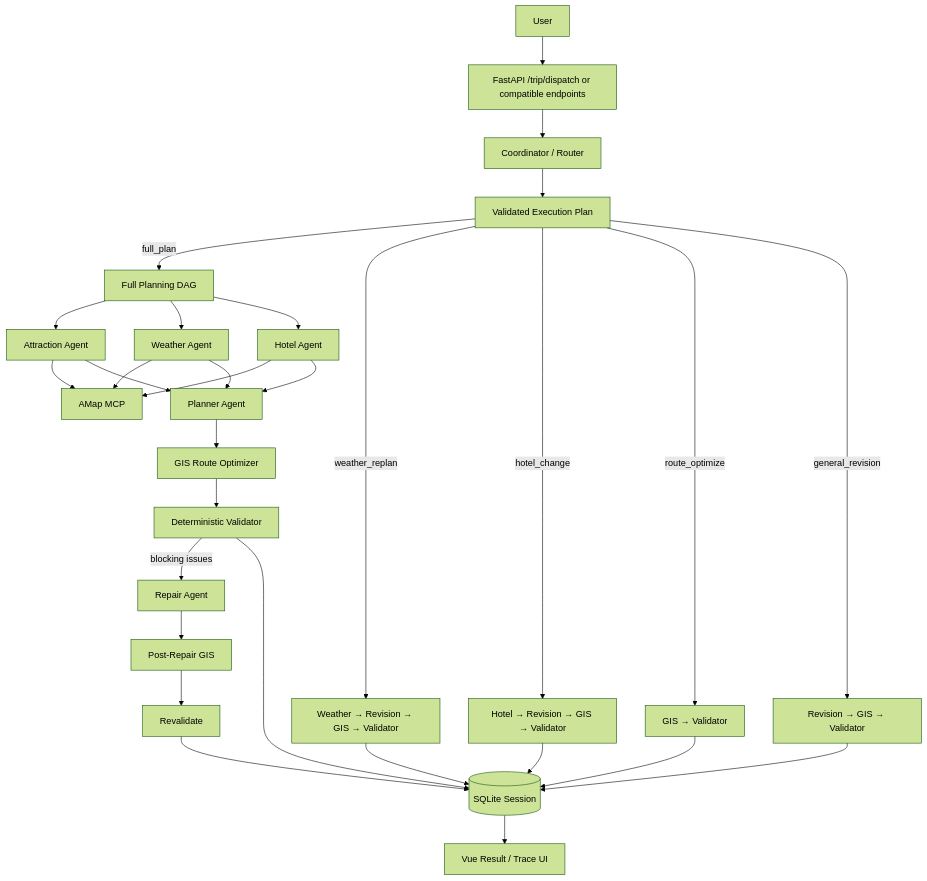
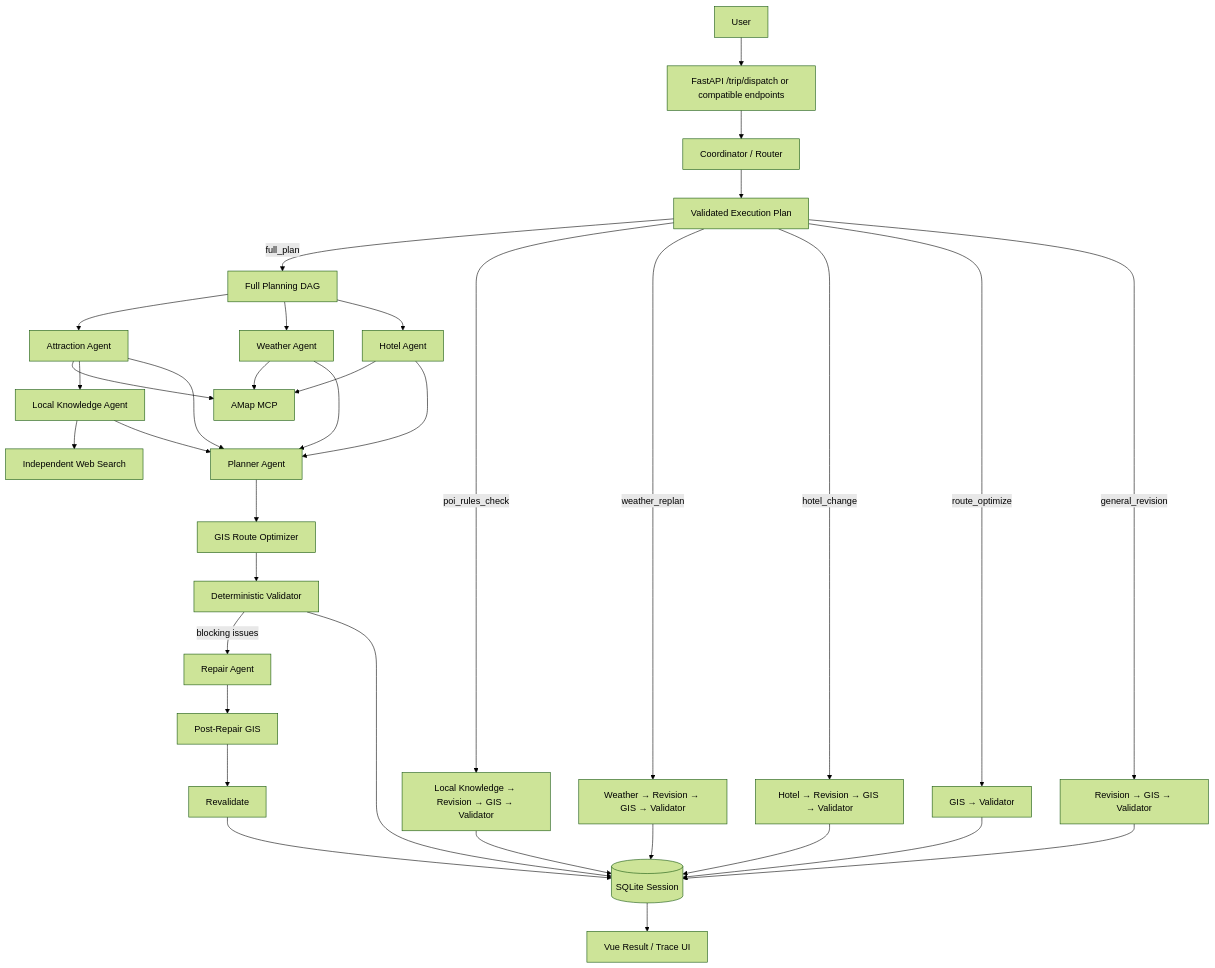
The diagram in docs/ARCHITECTURE.md (geomini1989-cpu/helloagents-trip-planner), drawn with Mermaid (forest theme) before and after one commit. The commit also changed other lines of this file, not shown here.

Commit message:
docs: integrate local knowledge into architecture

````diff
--- a/docs/ARCHITECTURE.md
+++ b/docs/ARCHITECTURE.md
@@ -23,35 +25,43 @@
 ```mermaid
 flowchart TD
     U[User] --> API[FastAPI /trip/dispatch or compatible endpoints]
     API --> C[Coordinator / Router]
     C --> EP[Validated Execution Plan]
 
     EP -->|full_plan| FULL[Full Planning DAG]
+    EP -->|poi_rules_check| KFLOW[Local Knowledge → Revision → GIS → Validator]
     EP -->|weather_replan| WFLOW[Weather → Revision → GIS → Validator]
     EP -->|hotel_change| HFLOW[Hotel → Revision → GIS → Validator]
     EP -->|route_optimize| RFLOW[GIS → Validator]
     EP -->|general_revision| REVFLOW[Revision → GIS → Validator]
 
     FULL --> A[Attraction Agent]
     FULL --> W[Weather Agent]
     FULL --> H[Hotel Agent]
-    A --> MCP[AMap MCP]
-    W --> MCP
-    H --> MCP
+    A --> AMAP[AMap MCP]
+    W --> AMAP
+    H --> AMAP
+
+    A --> LK[Local Knowledge Agent]
+    LK --> WEB[Independent Web Search]
+
     A --> P[Planner Agent]
     W --> P
     H --> P
+    LK --> P
+
     P --> GIS[GIS Route Optimizer]
     GIS --> V[Deterministic Validator]
     V -->|blocking issues| R[Repair Agent]
     R --> GIS2[Post-Repair GIS]
     GIS2 --> V2[Revalidate]
 
-    WFLOW --> DB[(SQLite Session)]
+    KFLOW --> DB[(SQLite Session)]
+    WFLOW --> DB
     HFLOW --> DB
     RFLOW --> DB
     REVFLOW --> DB
     V --> DB
     V2 --> DB
     DB --> FE[Vue Result / Trace UI]
 ```
````
